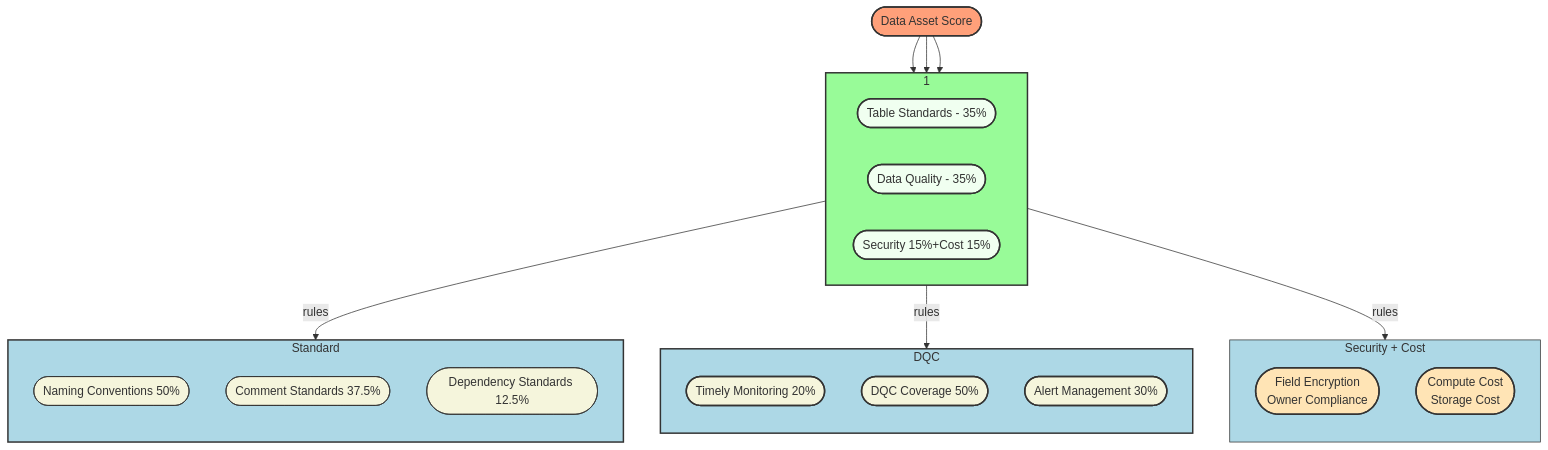
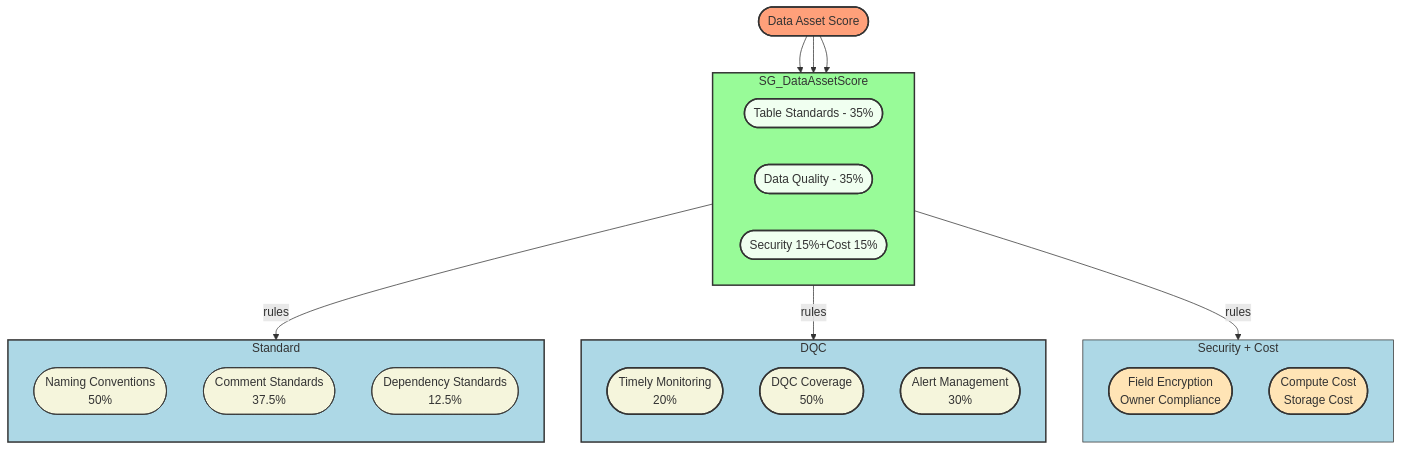
Before and after one commit to blaire101/data-warehouse-solutions: the first of 5 diagrams in README.md, drawn with Mermaid. The commit also changed other lines of this file, not shown here.

````diff
--- a/README.md
+++ b/README.md
@@ -82,52 +19,52 @@
 ```mermaid
 flowchart TD
- subgraph SG_DataAssetScore["1"]
+ subgraph SG_DataAssetScore
     direction LR
         DAS_A(["Table Standards - 35%"])
         DAS_B(["Data Quality - 35%"])
         DAS_C(["Security 15%+Cost 15%"])
   end
  subgraph DAS_SECO["Security + Cost"]
     direction TB
         SECO_A(["Field Encryption <br>Owner Compliance"])
         SECO_B(["Compute Cost <br>Storage Cost"])
   end
  subgraph DAS_DataQuality["DQC"]
     direction TB
-        DQ_A(["Timely Monitoring 20%"])
-        DQ_B(["DQC Coverage 50%"])
-        DQ_C(["Alert Management 30%"])
+        DQ_A(["Timely Monitoring <br>20%"])
+        DQ_B(["DQC Coverage <br>50%"])
+        DQ_C(["Alert Management <br>30%"])
   end
  subgraph DAS_Standard["Standard"]
     direction TB
-        ST_A(["Naming Conventions 50%"])
-        ST_B(["Comment Standards 37.5%"])
-        ST_C(["Dependency Standards 12.5%"])
+        ST_A(["Naming Conventions <br>50%"])
+        ST_B(["Comment Standards <br>37.5%"])
+        ST_C(["Dependency Standards <br>12.5%"])
   end
     DAS(["Data Asset Score"]) --> DAS_A & DAS_B & DAS_C
     DAS_A -- rules --> DAS_Standard
     DAS_B -- rules --> DAS_DataQuality
     DAS_C -- rules --> DAS_SECO
     style DAS_A fill:#F0FFF0,stroke:#333,stroke-width:2px
     style DAS_B fill:#F0FFF0,stroke:#333,stroke-width:2px
     style DAS_C fill:#F0FFF0,stroke:#333,stroke-width:2px
     style SECO_A fill:#FFE4B5,stroke:#333,stroke-width:2px
     style SECO_B fill:#FFE4B5,stroke:#333,stroke-width:2px
     style DQ_A fill:#F5F5DC,stroke:#333,stroke-width:2px
     style DQ_B fill:#F5F5DC,stroke:#333,stroke-width:2px
     style DQ_C fill:#F5F5DC,stroke:#333,stroke-width:2px
     style ST_A fill:#F5F5DC,stroke:#333,stroke-width:1px
     style ST_B fill:#F5F5DC,stroke:#333,stroke-width:1px
     style ST_C fill:#F5F5DC,stroke:#333,stroke-width:1px
     style DAS fill:#FFA07A,stroke:#333,stroke-width:2px
     style DAS_Standard fill:#ADD8E6,stroke:#333,stroke-width:2px
     style DAS_DataQuality fill:#ADD8E6,stroke:#333,stroke-width:2px
     style DAS_SECO fill:#ADD8E6,stroke:#333,stroke-width:1px
     style SG_DataAssetScore fill:#98FB98,stroke:#333,stroke-width:2px
     linkStyle 0 stroke:#333,stroke-width:1px,fill:none
     linkStyle 1 stroke:#333,stroke-width:1px,fill:none
     linkStyle 2 stroke:#333,stroke-width:1px,fill:none
     linkStyle 3 stroke:#333,stroke-width:1px,fill:none
     linkStyle 4 stroke:#333,stroke-width:1px,fill:none
     linkStyle 5 stroke:#333,stroke-width:1px,fill:none
 ```
````
